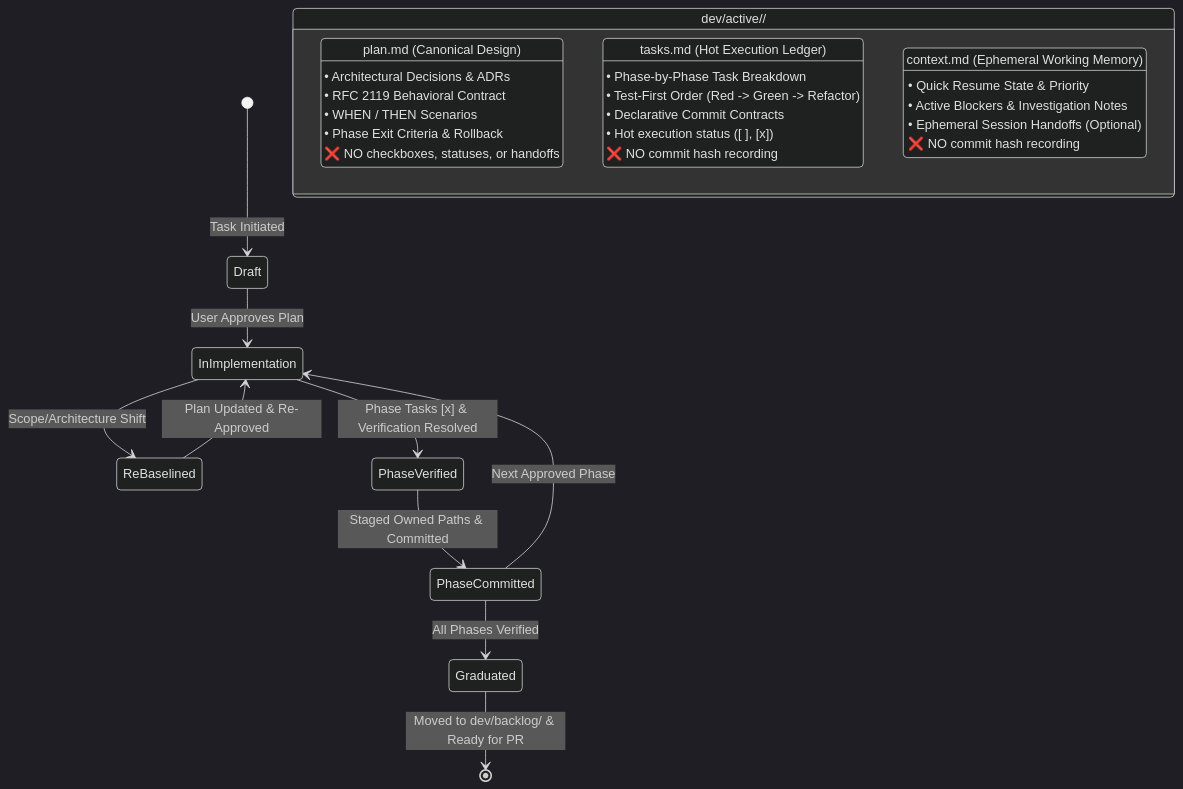
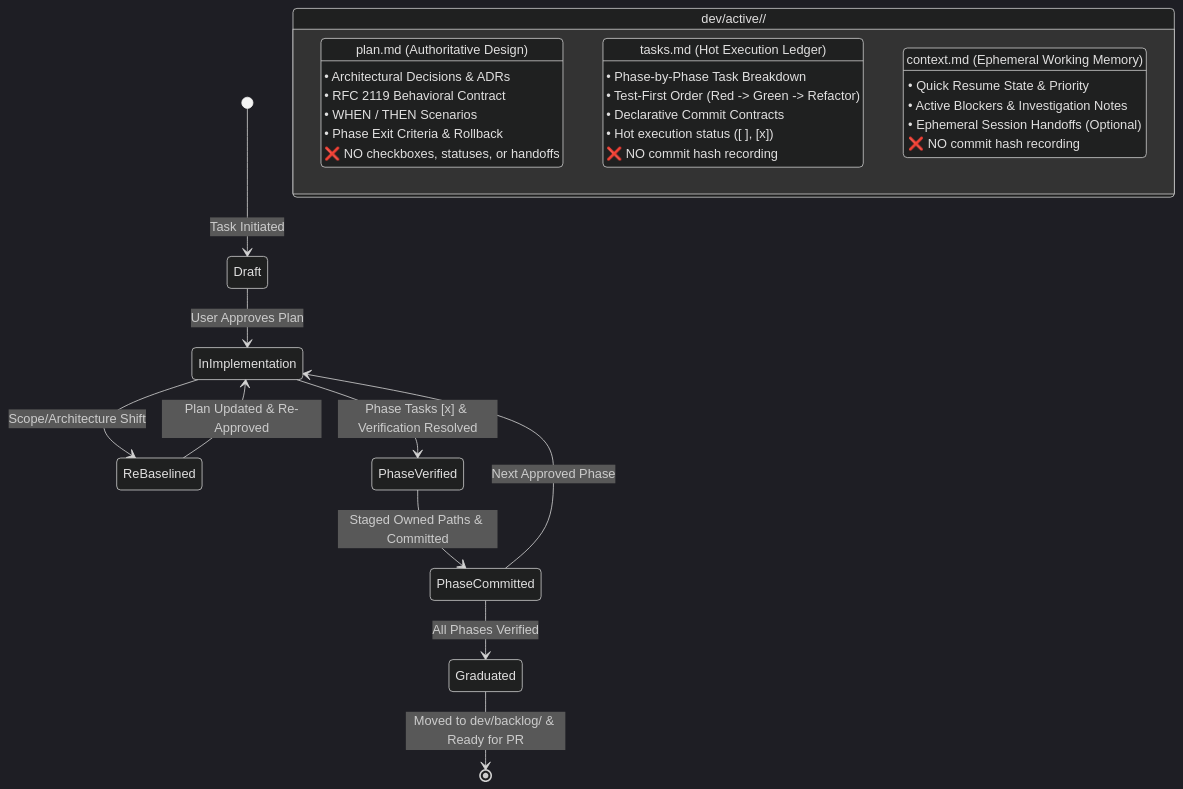
The sixth of 11 diagrams in docs/internal/AGENTIC_CONTEXT_ENGINEERING.md (islamu-ngo/Event), drawn with Mermaid (dark theme) before and after one commit. The commit also changed other lines of this file and 242 other files, not shown here.

````diff
--- a/docs/internal/AGENTIC_CONTEXT_ENGINEERING.md
+++ b/docs/internal/AGENTIC_CONTEXT_ENGINEERING.md
@@ -266,36 +266,36 @@
 ```mermaid
 stateDiagram-v2
     [*] --> Draft: Task Initiated
 
     state "dev/active/<task>/" as ActiveWorkstream {
-        state "plan.md (Canonical Design)" as PlanDoc
+        state "plan.md (Authoritative Design)" as PlanDoc
         state "tasks.md (Hot Execution Ledger)" as TasksDoc
         state "context.md (Ephemeral Working Memory)" as ContextDoc
         
         PlanDoc: • Architectural Decisions & ADRs
         PlanDoc: • RFC 2119 Behavioral Contract
         PlanDoc: • WHEN / THEN Scenarios
         PlanDoc: • Phase Exit Criteria & Rollback
         PlanDoc: ❌ NO checkboxes, statuses, or handoffs
         
         TasksDoc: • Phase-by-Phase Task Breakdown
         TasksDoc: • Test-First Order (Red -> Green -> Refactor)
         TasksDoc: • Declarative Commit Contracts
         TasksDoc: • Hot execution status ([ ], [x])
         TasksDoc: ❌ NO commit hash recording
         
         ContextDoc: • Quick Resume State & Priority
         ContextDoc: • Active Blockers & Investigation Notes
         ContextDoc: • Ephemeral Session Handoffs (Optional)
         ContextDoc: ❌ NO commit hash recording
     }
 
     Draft --> InImplementation: User Approves Plan
     InImplementation --> ReBaselined: Scope/Architecture Shift
     ReBaselined --> InImplementation: Plan Updated & Re-Approved
     InImplementation --> PhaseVerified: Phase Tasks [x] & Verification Resolved
     PhaseVerified --> PhaseCommitted: Staged Owned Paths & Committed
     PhaseCommitted --> InImplementation: Next Approved Phase
     PhaseCommitted --> Graduated: All Phases Verified
     Graduated --> [*]: Moved to dev/backlog/ & Ready for PR
 ```
````
